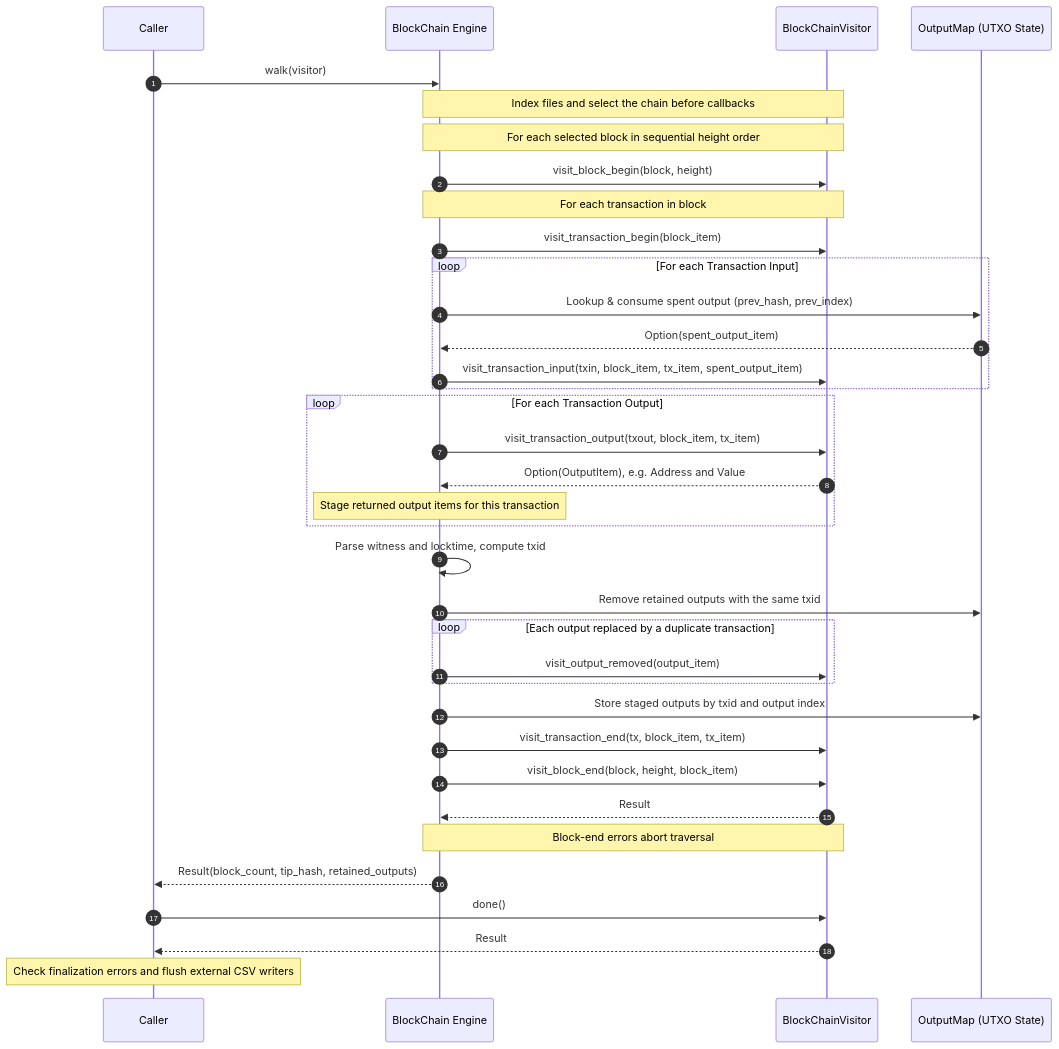
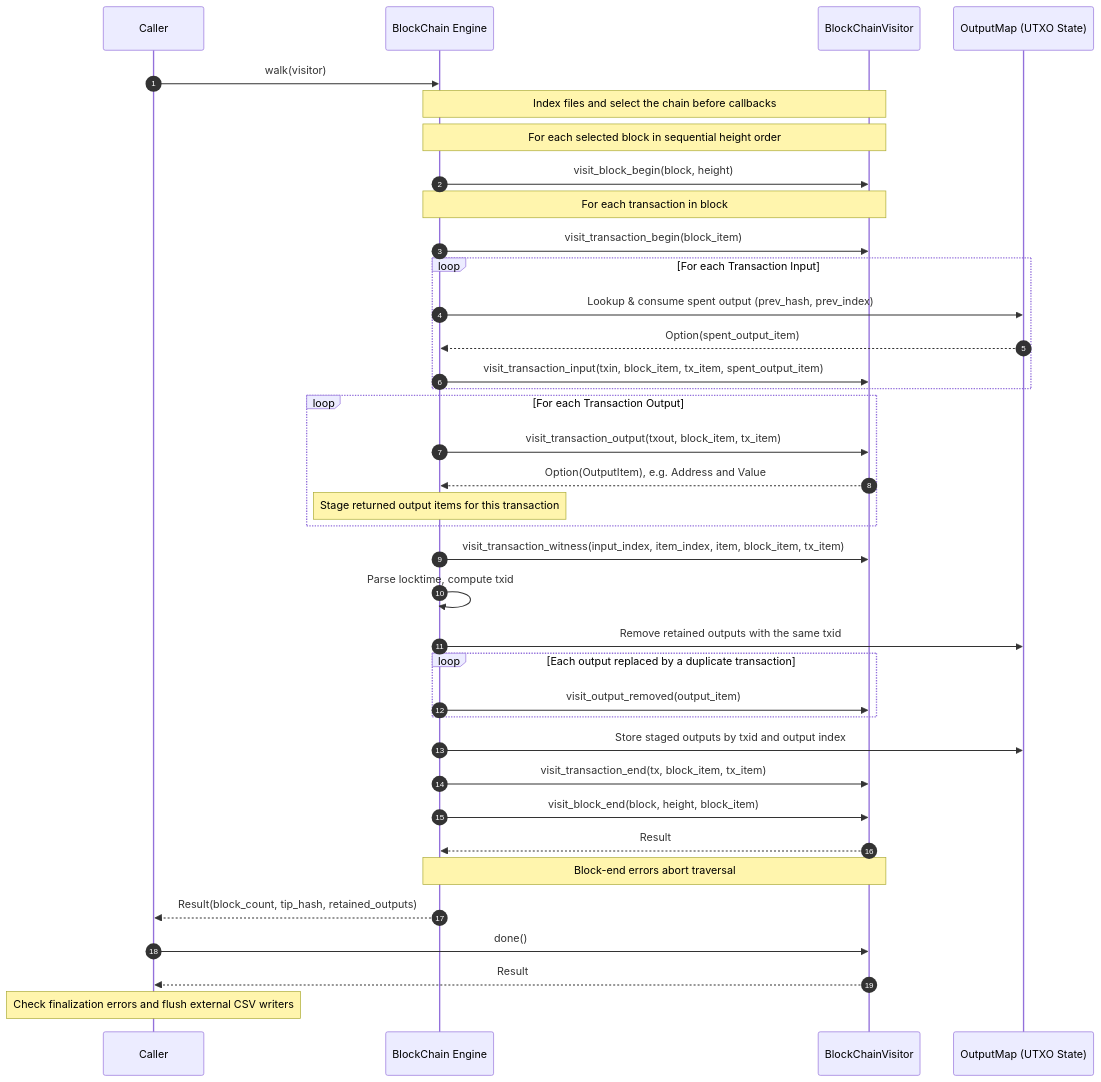
Before and after one commit to mikispag/bitiodine: the second of 3 diagrams in README.md, drawn with Mermaid. The commit also changed other lines of this file and 23 other files, not shown here.

````diff
--- a/README.md
+++ b/README.md
@@ -203,43 +205,44 @@
 ```mermaid
 sequenceDiagram
     autonumber
     participant C as Caller
     participant BC as BlockChain Engine
     participant V as BlockChainVisitor
     participant UTXO as OutputMap (UTXO State)
 
     C->>BC: walk(visitor)
     Note over BC,V: Index files and select the chain before callbacks
     Note over BC,V: For each selected block in sequential height order
     BC->>V: visit_block_begin(block, height)
     Note over BC,V: For each transaction in block
     BC->>V: visit_transaction_begin(block_item)
 
     loop For each Transaction Input
         BC->>UTXO: Lookup & consume spent output (prev_hash, prev_index)
         UTXO-->>BC: Option(spent_output_item)
         BC->>V: visit_transaction_input(txin, block_item, tx_item, spent_output_item)
     end
 
     loop For each Transaction Output
         BC->>V: visit_transaction_output(txout, block_item, tx_item)
         V-->>BC: Option(OutputItem), e.g. Address and Value
         Note over BC: Stage returned output items for this transaction
     end
 
-    BC->>BC: Parse witness and locktime, compute txid
+    BC->>V: visit_transaction_witness(input_index, item_index, item, block_item, tx_item)
+    BC->>BC: Parse locktime, compute txid
     BC->>UTXO: Remove retained outputs with the same txid
     loop Each output replaced by a duplicate transaction
         BC->>V: visit_output_removed(output_item)
     end
     BC->>UTXO: Store staged outputs by txid and output index
     BC->>V: visit_transaction_end(tx, block_item, tx_item)
     BC->>V: visit_block_end(block, height, block_item)
     V-->>BC: Result
 
     Note over BC,V: Block-end errors abort traversal
     BC-->>C: Result(block_count, tip_hash, retained_outputs)
     C->>V: done()
     V-->>C: Result
     Note over C: Check finalization errors and flush external CSV writers
 ```
````
